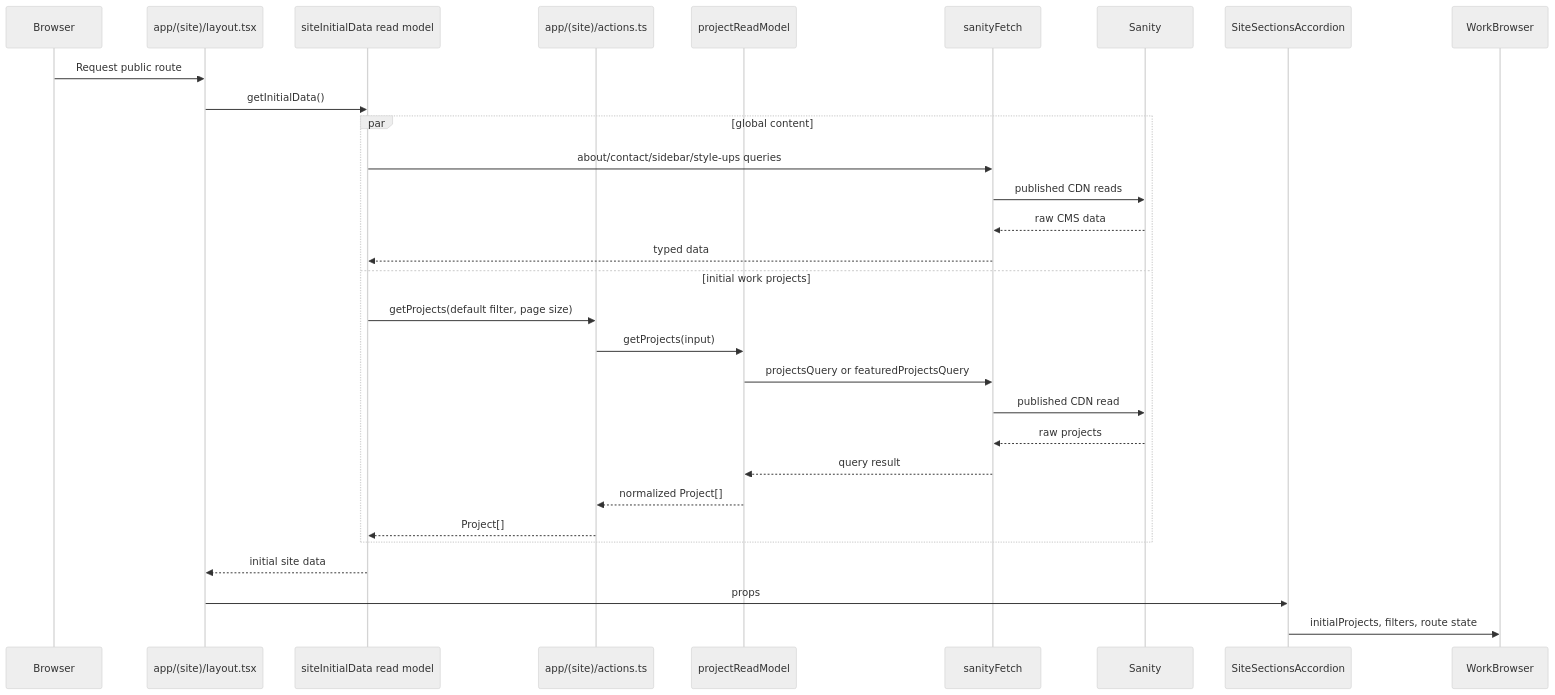
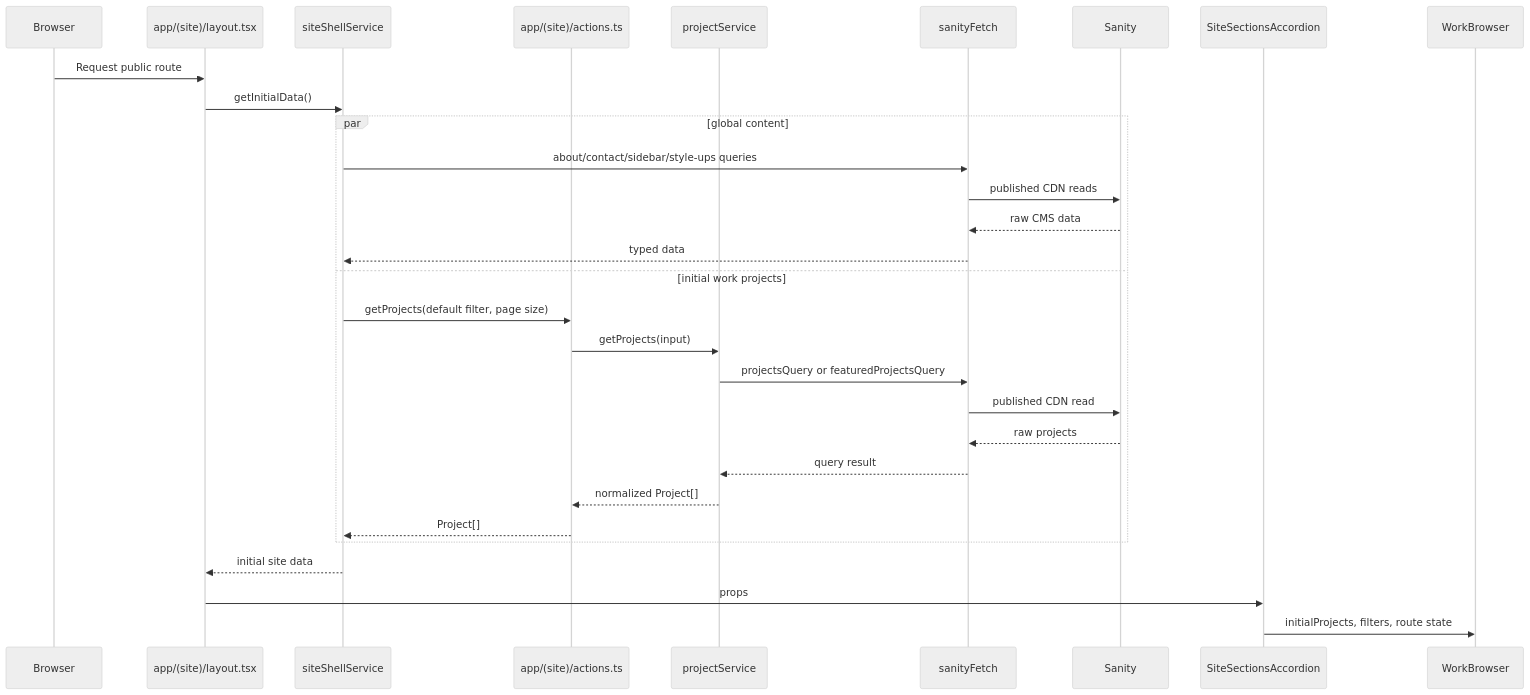
One commit to pinpointpinpoint/style-up-studio changed the second of 6 diagrams in docs/architecture.md. Above: the diagram before and after it, drawn with Mermaid (neutral theme). The commit also changed other lines of this file and 49 other files, not shown here.

````diff
--- a/docs/architecture.md
+++ b/docs/architecture.md
@@ -89,33 +89,33 @@
 ```mermaid
 sequenceDiagram
     participant Browser
     participant Layout as app/(site)/layout.tsx
-    participant SiteInitial as siteInitialData read model
+    participant SiteShell as siteShellService
     participant Actions as app/(site)/actions.ts
-    participant ProjectRead as projectReadModel
+    participant ProjectService as projectService
     participant Fetch as sanityFetch
     participant Sanity
     participant Accordion as SiteSectionsAccordion
     participant WorkBrowser
 
     Browser->>Layout: Request public route
-    Layout->>SiteInitial: getInitialData()
+    Layout->>SiteShell: getInitialData()
     par global content
-        SiteInitial->>Fetch: about/contact/sidebar/style-ups queries
+        SiteShell->>Fetch: about/contact/sidebar/style-ups queries
         Fetch->>Sanity: published CDN reads
         Sanity-->>Fetch: raw CMS data
-        Fetch-->>SiteInitial: typed data
+        Fetch-->>SiteShell: typed data
     and initial work projects
-        SiteInitial->>Actions: getProjects(default filter, page size)
-        Actions->>ProjectRead: getProjects(input)
-        ProjectRead->>Fetch: projectsQuery or featuredProjectsQuery
+        SiteShell->>Actions: getProjects(default filter, page size)
+        Actions->>ProjectService: getProjects(input)
+        ProjectService->>Fetch: projectsQuery or featuredProjectsQuery
         Fetch->>Sanity: published CDN read
         Sanity-->>Fetch: raw projects
-        Fetch-->>ProjectRead: query result
-        ProjectRead-->>Actions: normalized Project[]
-        Actions-->>SiteInitial: Project[]
+        Fetch-->>ProjectService: query result
+        ProjectService-->>Actions: normalized Project[]
+        Actions-->>SiteShell: Project[]
     end
-    SiteInitial-->>Layout: initial site data
+    SiteShell-->>Layout: initial site data
     Layout->>Accordion: props
     Accordion->>WorkBrowser: initialProjects, filters, route state
 ```
````
